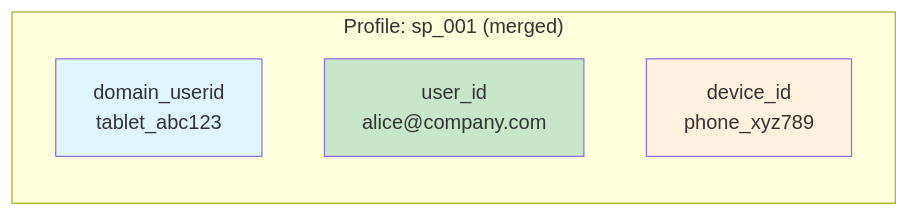
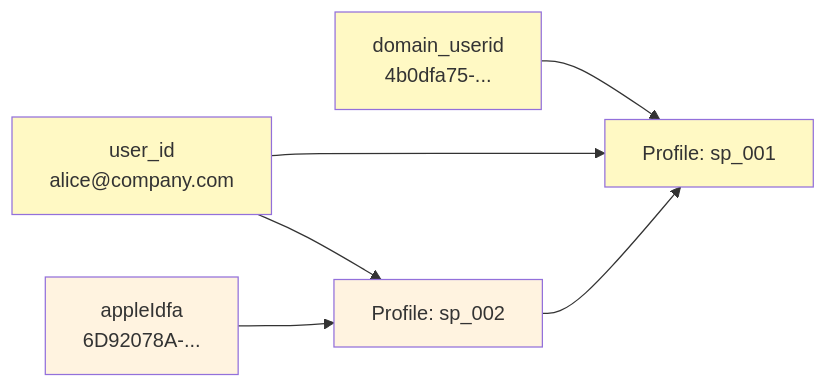
The fourth of 7 diagrams in docs/identities/concepts/index.md (snowplow/documentation), drawn with Mermaid before and after one commit. The commit also changed other lines of this file, not shown here.

````diff
--- a/docs/identities/concepts/index.md
+++ b/docs/identities/concepts/index.md
@@ -160,15 +169,23 @@
 ```mermaid
 graph LR
-    subgraph "Profile: sp_001 (merged)"
-        A["domain_userid
-        tablet_abc123"]
-        B["user_id
-        alice@company.com"]
-        C["device_id
-        phone_xyz789"]
-    end
+    A["domain_userid
+    4b0dfa75-..."]
+    B["user_id
+    alice@company.com"]
+    C["appleIdfa
+    6D92078A-..."]
+    P1["Profile: sp_001"]
+    P2["Profile: sp_002"]
 
-    style A fill:#e1f5fe
-    style B fill:#c8e6c9
+    A --> P1
+    B --> P1
+    C --> P2
+    B --> P2
+    P2 --> P1
+
+    style A fill:#fff9c4
+    style B fill:#fff9c4
     style C fill:#fff3e0
+    style P1 fill:#fff9c4
+    style P2 fill:#fff3e0
 ```
````
